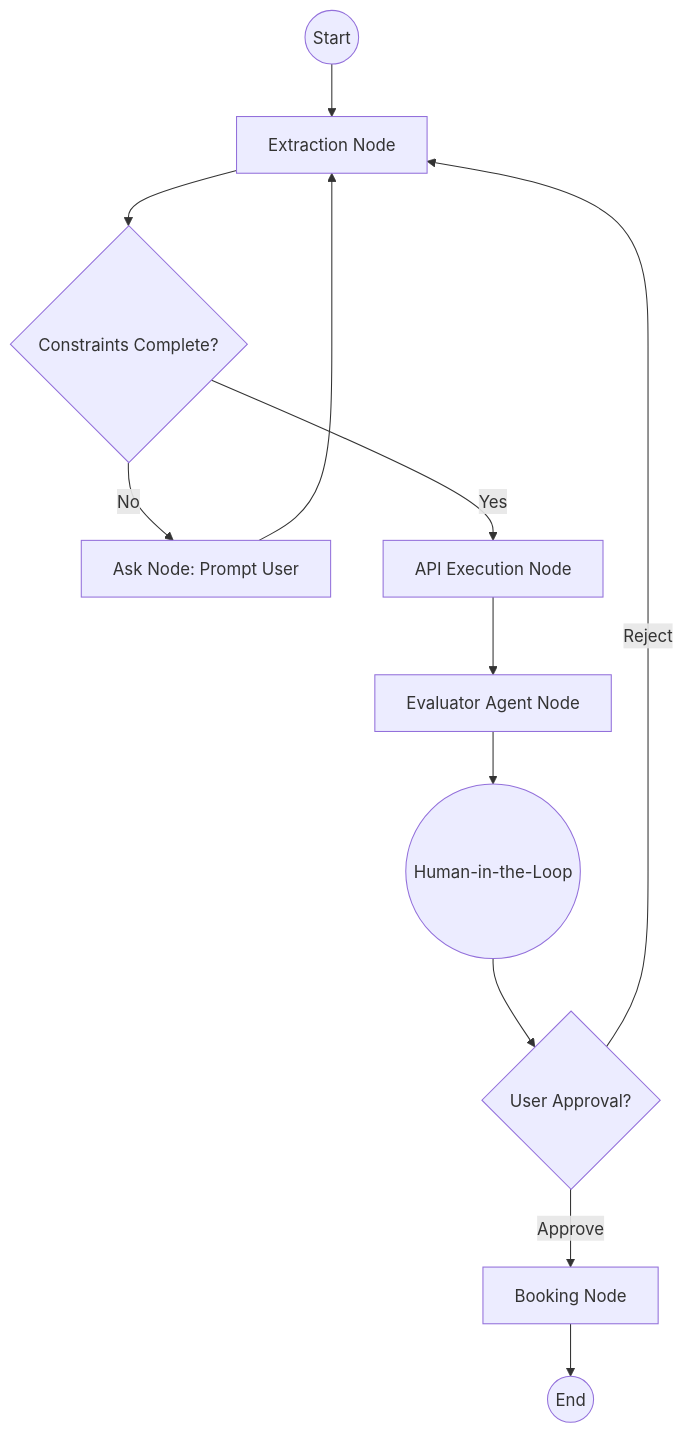
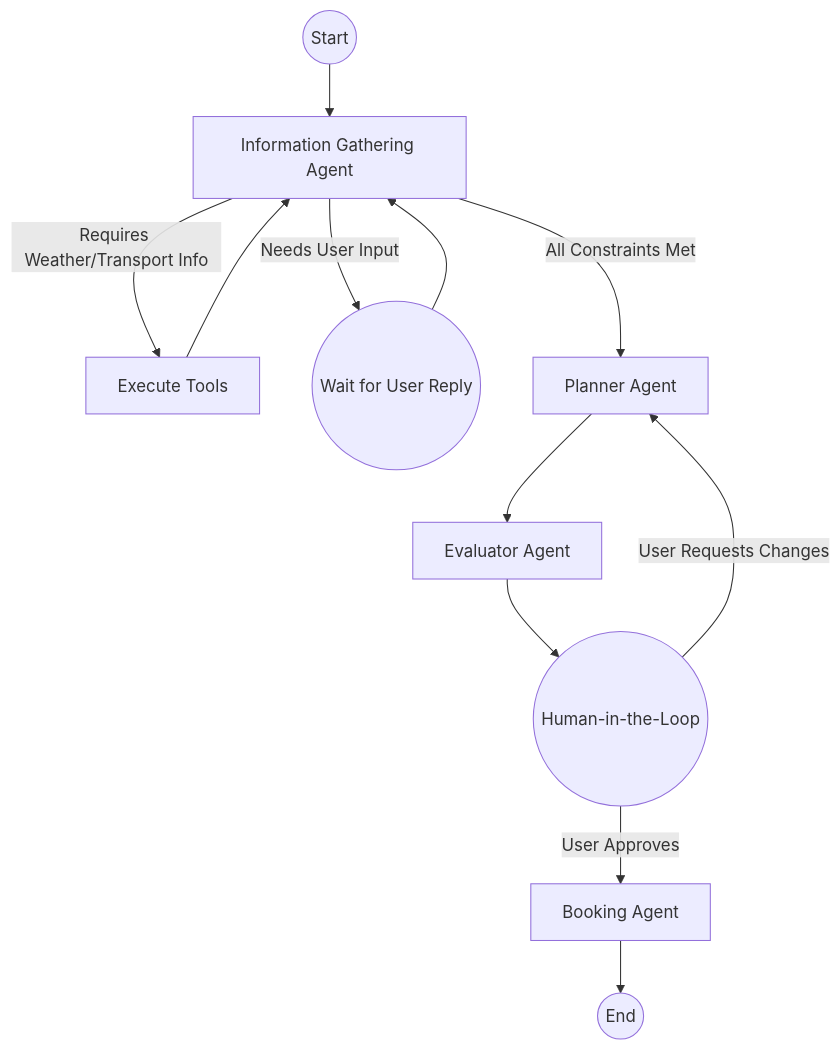
Before and after one commit to Dulanagit/TravelAgent: the diagram in DESIGN_DECISIONS.md, drawn with Mermaid. The commit also changed other lines of this file and 6 other files, not shown here.

````diff
--- a/DESIGN_DECISIONS.md
+++ b/DESIGN_DECISIONS.md
@@ -33,18 +11,19 @@
 ```mermaid
 graph TD
-    START((Start)) --> EXTRACT[Extraction Node]
-    EXTRACT --> CHECK{Constraints Complete?}
+    START((Start)) --> CHATBOT[Information Gathering Agent]
     
-    CHECK -- No --> ASK[Ask Node: Prompt User]
-    ASK --> EXTRACT
+    CHATBOT --> |Requires Weather/Transport Info| TOOLS[Execute Tools]
+    TOOLS --> CHATBOT
     
-    CHECK -- Yes --> API[API Execution Node]
-    API --> EVAL[Evaluator Agent Node]
-    EVAL --> HITL((Human-in-the-Loop))
+    CHATBOT --> |Needs User Input| USER_INPUT((Wait for User Reply))
+    USER_INPUT --> CHATBOT
     
-    HITL --> APPROVAL{User Approval?}
-    APPROVAL -- Reject --> EXTRACT
-    APPROVAL -- Approve --> BOOK[Booking Node]
+    CHATBOT --> |All Constraints Met| PLANNER[Planner Agent]
     
-    BOOK --> END((End))
+    PLANNER --> EVALUATOR[Evaluator Agent]
+    EVALUATOR --> HITL((Human-in-the-Loop))
+    
+    HITL --> |User Requests Changes| PLANNER
+    HITL --> |User Approves| BOOKING[Booking Agent]
+    BOOKING --> END((End))
 ```
````
